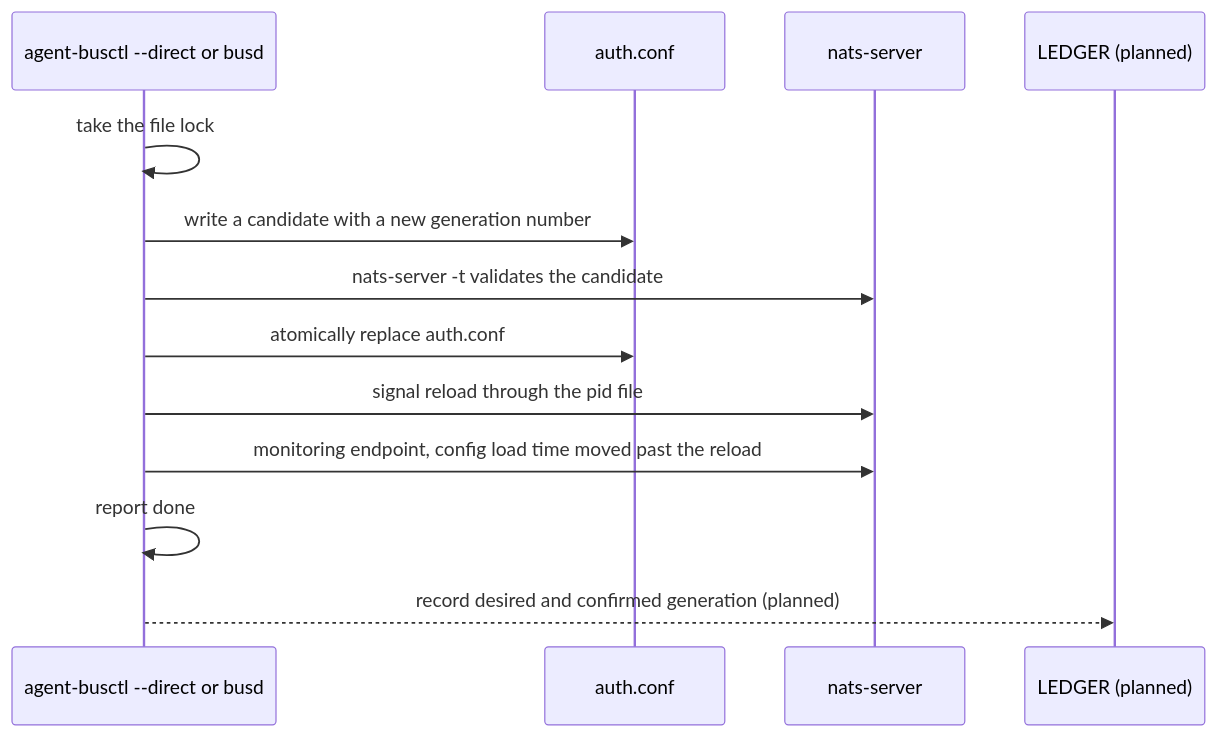
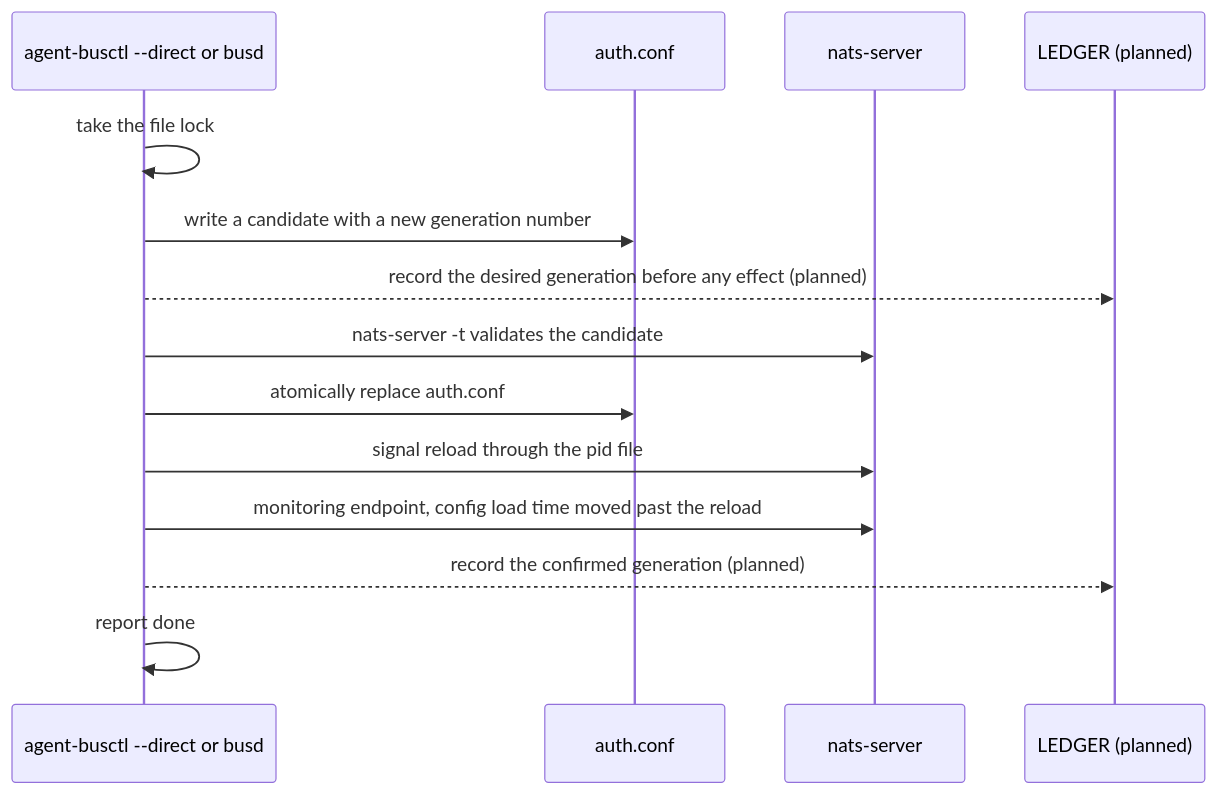
The second of 2 diagrams in docs/design/operations.md (gentoomaniac/agent-bus), drawn with Mermaid before and after one commit.

Commit message:
docs(design): operations planned ledger sequence records the desired generation before effects
Claude-Session: https://claude.ai/code/session_017TJfhVKx66wQNnmJSAS39y

````diff
--- a/docs/design/operations.md
+++ b/docs/design/operations.md
@@ -76,15 +76,16 @@
 ```mermaid
 sequenceDiagram
   participant Op as agent-busctl --direct or busd
   participant Conf as auth.conf
   participant Server as nats-server
   participant Ledger as LEDGER (planned)
   Op->>Op: take the file lock
   Op->>Conf: write a candidate with a new generation number
+  Op-->>Ledger: record the desired generation before any effect (planned)
   Op->>Server: nats-server -t validates the candidate
   Op->>Conf: atomically replace auth.conf
   Op->>Server: signal reload through the pid file
   Op->>Server: monitoring endpoint, config load time moved past the reload
+  Op-->>Ledger: record the confirmed generation (planned)
   Op->>Op: report done
-  Op-->>Ledger: record desired and confirmed generation (planned)
 ```
````
